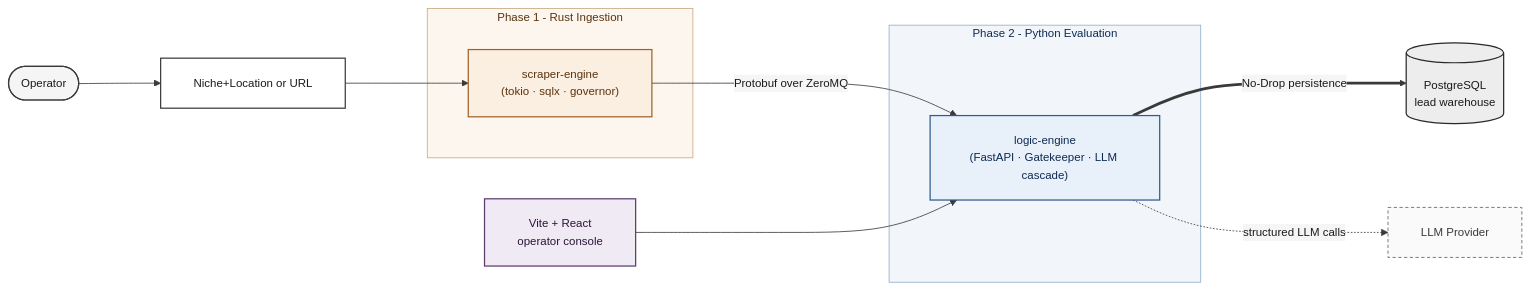
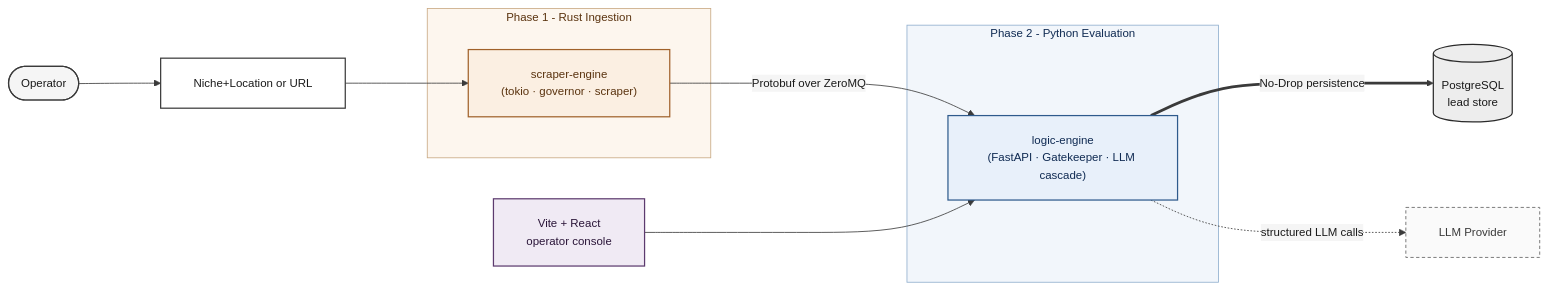
The diagram in README.md (tesahe/trace-fabric), drawn with Mermaid before and after one commit. The commit also changed other lines of this file, not shown here.

````diff
--- a/README.md
+++ b/README.md
@@ -38,39 +38,39 @@
 ```mermaid
 %%{init: {"theme": "base", "themeVariables": {"fontSize": "14px", "background": "#FFFFFF", "primaryColor": "#FFFFFF", "primaryTextColor": "#1A1A1A", "primaryBorderColor": "#3A3A3A", "lineColor": "#3A3A3A", "secondaryColor": "#F5F5F5", "tertiaryColor": "#FAFAFA"}, "flowchart": {"curve": "basis", "padding": 20, "nodeSpacing": 80, "rankSpacing": 100}}}%%
 flowchart LR
     U(["Operator"]) --> Q["Niche+Location or URL"]
 
     subgraph P1[Phase 1 - Rust Ingestion]
-        R["scraper-engine<br/>(tokio · sqlx · governor)"]
+        R["scraper-engine<br/>(tokio · governor · scraper)"]
     end
 
     subgraph P2[Phase 2 - Python Evaluation]
         L["logic-engine<br/>(FastAPI · Gatekeeper · LLM cascade)"]
     end
 
     Q --> R
     R -->|"  Protobuf over ZeroMQ  "| L
-    L ==>|"  No-Drop persistence  "| DB[("PostgreSQL<br/>lead warehouse")]
+    L ==>|"  No-Drop persistence  "| DB[("PostgreSQL<br/>lead store")]
     L -.->|"  structured LLM calls  "| LLM["LLM Provider"]
     F["Vite + React<br/>operator console"] --> L
 
     classDef default fill:#FFFFFF,stroke:#3A3A3A,stroke-width:1.5px,color:#1A1A1A
     classDef actor fill:#F5F5F5,stroke:#3A3A3A,stroke-width:1.5px,color:#1A1A1A
     classDef rust fill:#FBEFE2,stroke:#A0612A,stroke-width:1.5px,color:#5A330F
     classDef python fill:#E8F0FA,stroke:#2E5A8C,stroke-width:1.5px,color:#0F2A52
     classDef data fill:#EDEDED,stroke:#2A2A2A,stroke-width:1.5px,color:#1A1A1A
     classDef external fill:#FAFAFA,stroke:#7A7A7A,stroke-width:1.2px,stroke-dasharray:4 3,color:#3A3A3A
     classDef ui fill:#F0EAF4,stroke:#5C3A6E,stroke-width:1.5px,color:#2A1538
 
     class U actor
     class R rust
     class L python
     class DB data
     class LLM external
     class F ui
 
     style P1 fill:#FDF6EE,stroke:#C9A983,stroke-width:1px,color:#5A330F
     style P2 fill:#F2F6FB,stroke:#90AFCE,stroke-width:1px,color:#0F2A52
 
 
 ```
````
